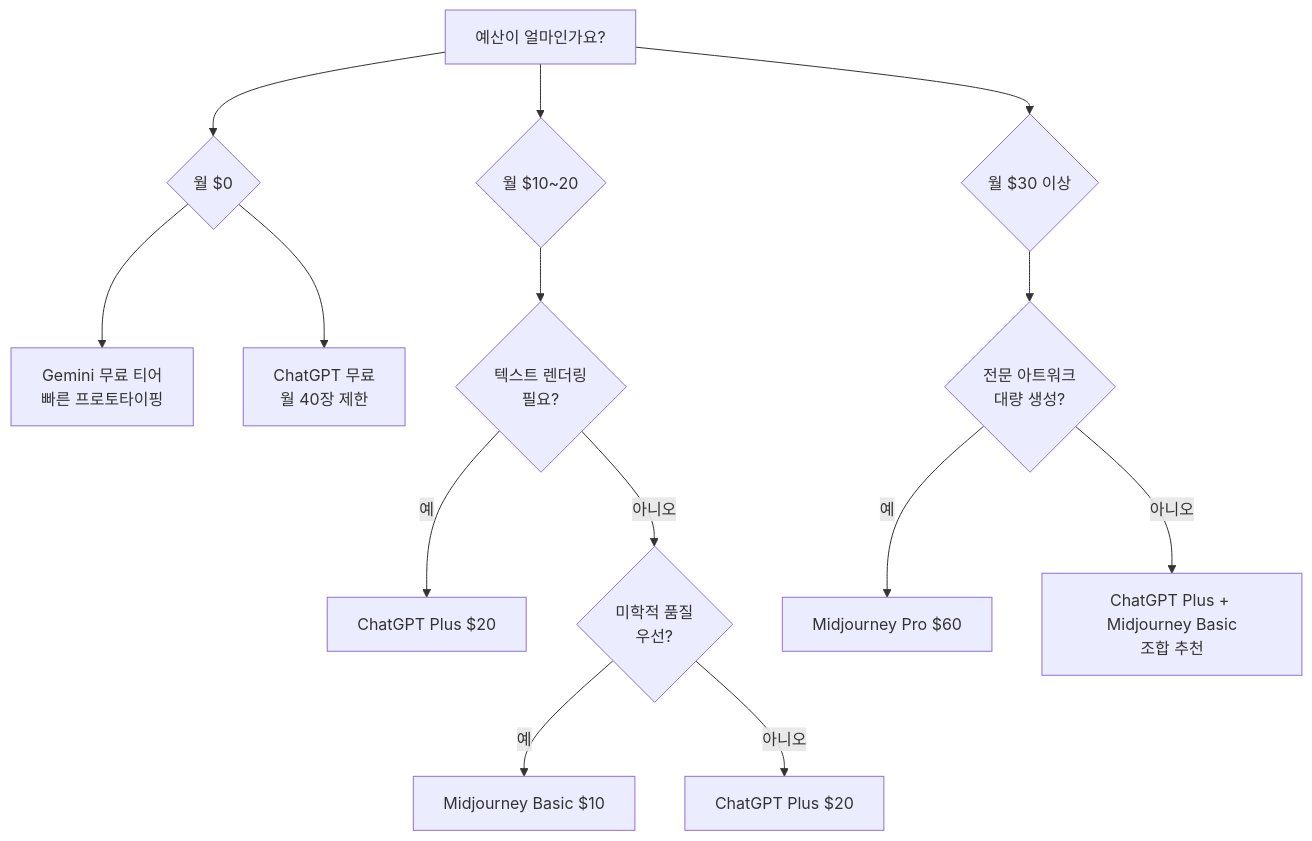
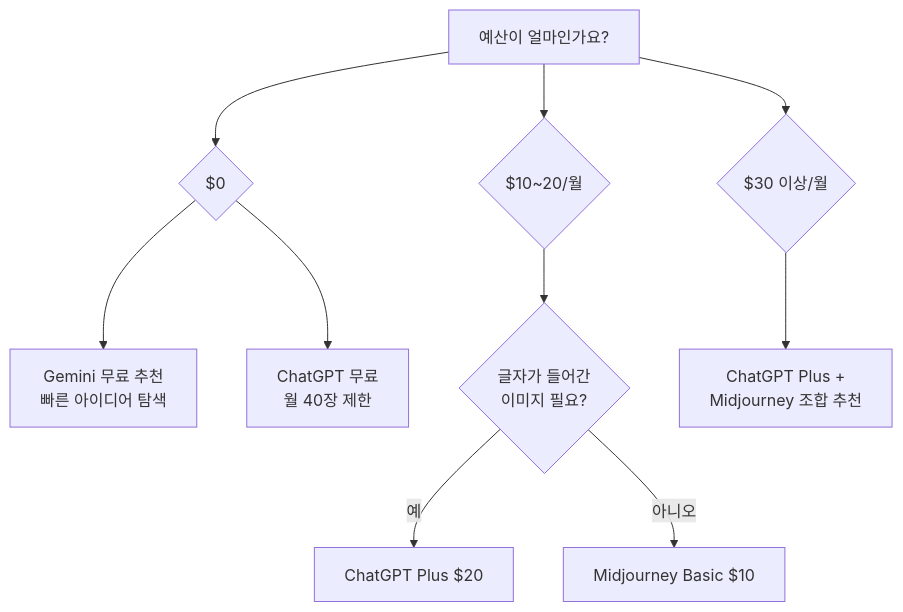
One commit to jsonpassion/forge-tutorial-promptcanvas changed the second of 3 diagrams in 01-ch1-ai-이미지-생성-개론/02-02-주요-플랫폼-비교-chatgpt-vs-gemini-vs-midjourney.md. Above: the diagram before and after it, drawn with Mermaid. The commit also changed other lines of this file and 12 other files, not shown here.

````diff
--- a/01-ch1-ai-이미지-생성-개론/02-02-주요-플랫폼-비교-chatgpt-vs-gemini-vs-midjourney.md
+++ b/01-ch1-ai-이미지-생성-개론/02-02-주요-플랫폼-비교-chatgpt-vs-gemini-vs-midjourney.md
@@ -147,19 +75,15 @@
 ```mermaid
 flowchart TD
-    A["예산이 얼마인가요?"] --> B{"월 $0"}
-    A --> C{"월 $10~20"}
-    A --> D{"월 $30 이상"}
+    A["예산이 얼마인가요?"] --> B{"$0"}
+    A --> C{"$10~20/월"}
+    A --> D{"$30 이상/월"}
 
-    B --> B1["Gemini 무료 티어<br/>빠른 프로토타이핑"]
+    B --> B1["Gemini 무료 추천<br/>빠른 아이디어 탐색"]
     B --> B2["ChatGPT 무료<br/>월 40장 제한"]
 
-    C --> C1{"텍스트 렌더링<br/>필요?"}
-    C1 -->|예| C2["ChatGPT Plus $20"]
-    C1 -->|아니오| C3{"미학적 품질<br/>우선?"}
-    C3 -->|예| C4["Midjourney Basic $10"]
-    C3 -->|아니오| C5["ChatGPT Plus $20"]
+    C --> C1{"글자가 들어간<br/>이미지 필요?"}
+    C1 -->|"예"| C2["ChatGPT Plus $20"]
+    C1 -->|"아니오"| C3["Midjourney Basic $10"]
 
-    D --> D1{"전문 아트워크<br/>대량 생성?"}
-    D1 -->|예| D2["Midjourney Pro $60"]
-    D1 -->|아니오| D3["ChatGPT Plus + Midjourney Basic<br/>조합 추천"]
+    D --> D1["ChatGPT Plus +<br/>Midjourney 조합 추천"]
 ```
````
